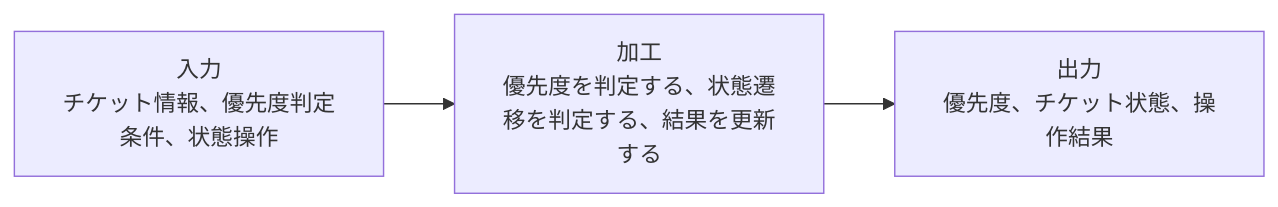
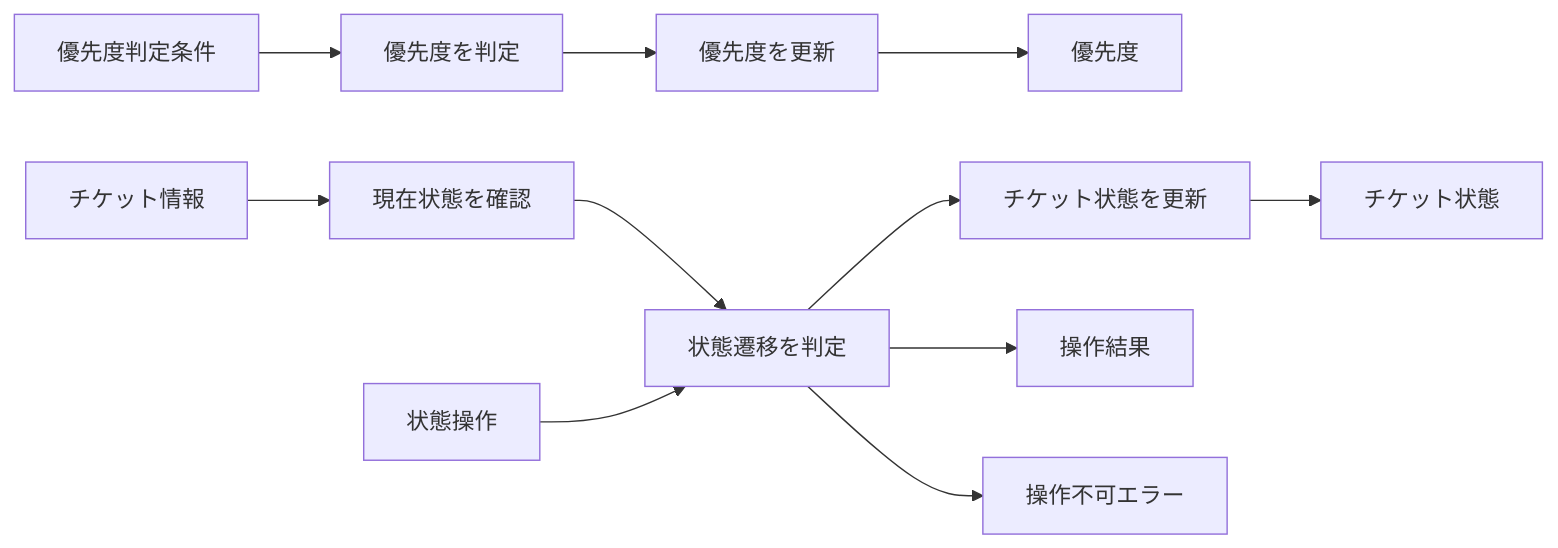
Before and after one commit to kumachan1101-pixel/DesignPattern: the first of 12 diagrams in kindle/design-patterns/output/chapter09_2.md, drawn with Mermaid. The commit also changed 14 other files, not shown here.

Commit message:
fix: 仕様フロー図を細分化

````diff
--- a/kindle/design-patterns/output/chapter09_2.md
+++ b/kindle/design-patterns/output/chapter09_2.md
@@ -31,8 +31,13 @@
 ```mermaid
 flowchart LR
-    I["入力<br/>チケット情報、優先度判定条件、状態操作"]
-    P["加工<br/>優先度を判定する、状態遷移を判定する、結果を更新する"]
-    O["出力<br/>優先度、チケット状態、操作結果"]
-
-    I --> P --> O
+    A["チケット情報"] --> B["現在状態を確認"]
+    C["優先度判定条件"] --> D["優先度を判定"]
+    E["状態操作"] --> F["状態遷移を判定"]
+    B --> F
+    D --> G["優先度を更新"]
+    F --> H["チケット状態を更新"]
+    G --> I["優先度"]
+    H --> J["チケット状態"]
+    F --> K["操作結果"]
+    F --> L["操作不可エラー"]
 ```
````
